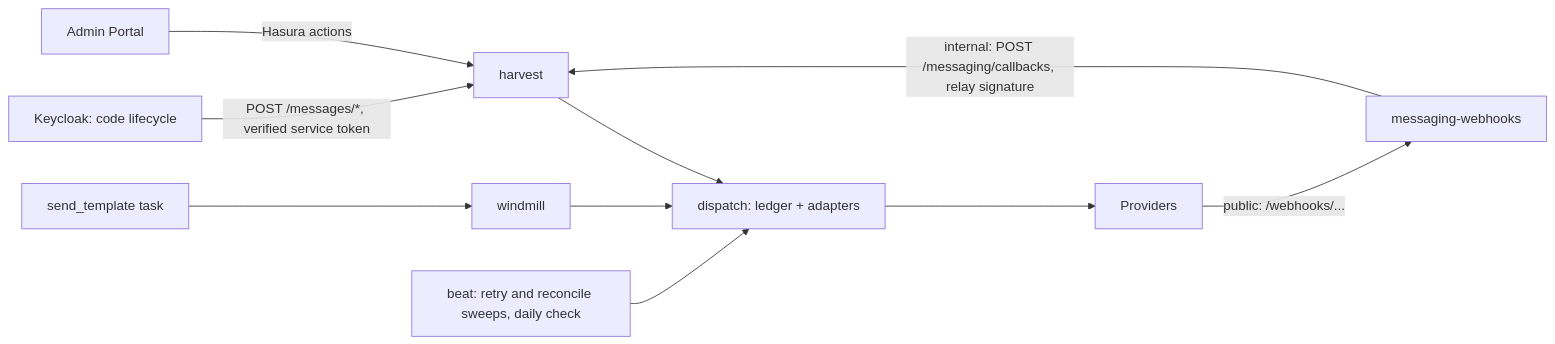
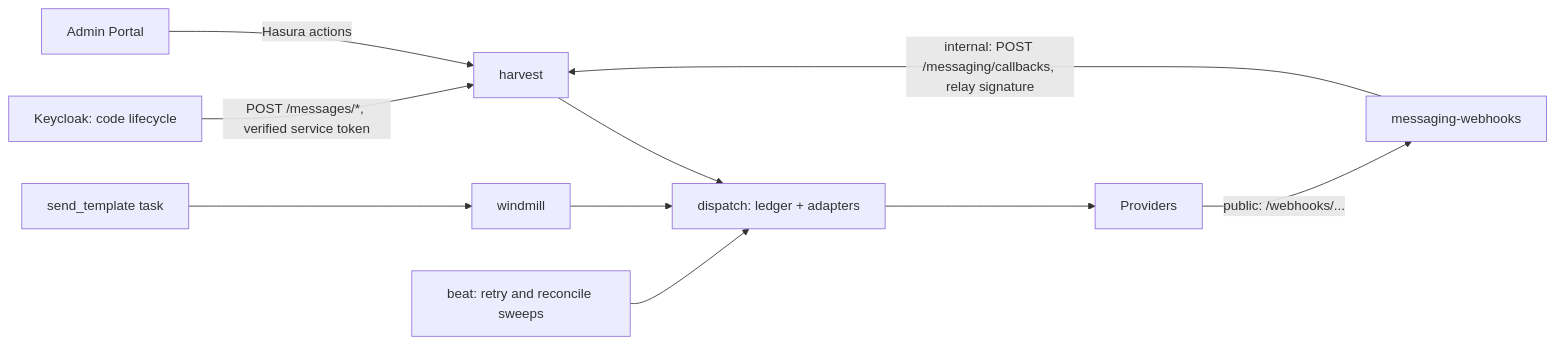
One commit to sequentech/step changed the diagram in docs/docusaurus/docs/07-developers/14-messaging/01-messaging-architecture.md. Above: the diagram before and after it, drawn with Mermaid. The commit also changed other lines of this file and 232 other files, not shown here.

````diff
--- a/docs/docusaurus/docs/07-developers/14-messaging/01-messaging-architecture.md
+++ b/docs/docusaurus/docs/07-developers/14-messaging/01-messaging-architecture.md
@@ -19,12 +19,12 @@
 ```mermaid
 flowchart LR
   K[Keycloak: code lifecycle] -->|POST /messages/*, verified service token| H[harvest]
   A[Admin Portal] -->|Hasura actions| H
   S[send_template task] --> W[windmill]
   H --> D[dispatch: ledger + adapters]
   W --> D
   D --> P[Providers]
   P -->|public: /webhooks/...| C[messaging-webhooks]
   C -->|internal: POST /messaging/callbacks, relay signature| H
-  B[beat: retry and reconcile sweeps, daily check] --> D
+  B[beat: retry and reconcile sweeps] --> D
 ```
````
